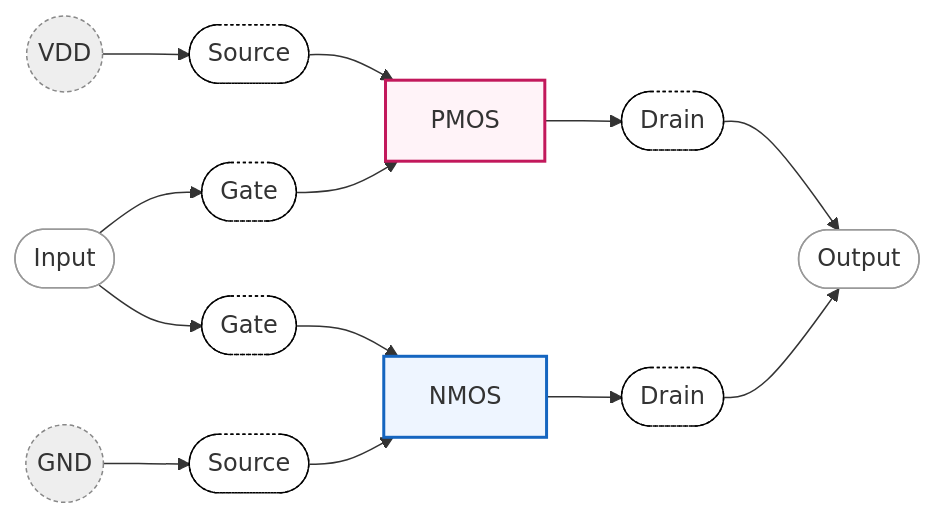
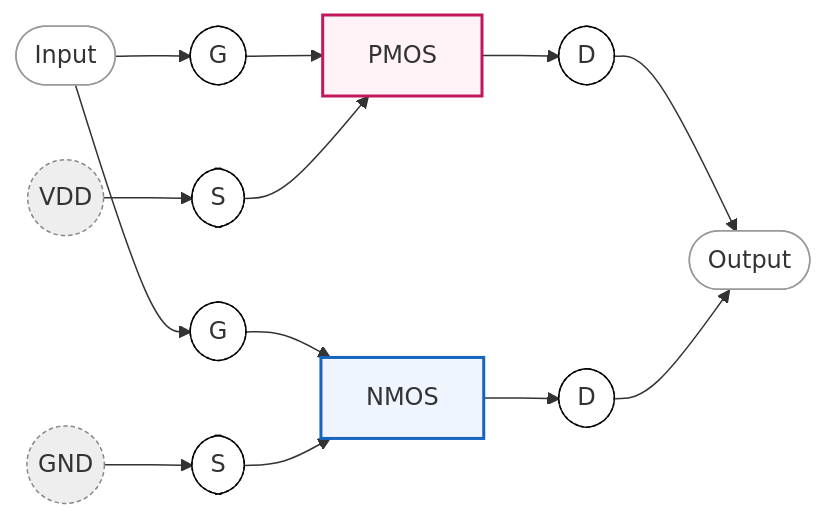
Before and after one commit to Samizo-AITL/Edusemi-v4x: the first of 2 diagrams in chapter2_comb_logic/images/cmos_mermaid.md, drawn with Mermaid. The commit also changed other lines of this file, not shown here.

````diff
--- a/chapter2_comb_logic/images/cmos_mermaid.md
+++ b/chapter2_comb_logic/images/cmos_mermaid.md
@@ -3,36 +3,36 @@
 ```mermaid
 flowchart LR
 classDef pmos fill:#fff3f8,stroke:#c2185b,stroke-width:2px;
 classDef nmos fill:#eef5ff,stroke:#1565c0,stroke-width:2px;
 classDef rail fill:#eeeeee,stroke:#888,stroke-dasharray:3 2;
 classDef term fill:#fff,stroke:#000,stroke-dasharray:2 2;
 classDef net  fill:#ffffff,stroke:#999;
 
-%% Rails / IO
+%% IO
+A([Input]):::net
+Y([Output]):::net
 VDD((VDD)):::rail
 GND((GND)):::rail
-A([Input]):::net
-Y([Output]):::net
 
 %% PMOS
-PG([Gate]):::term
-PD([Drain]):::term
-PS([Source]):::term
+PG([G]):::term
+PD([D]):::term
+PS([S]):::term
 P[PMOS]:::pmos
 
 %% NMOS
-NG([Gate]):::term
-ND([Drain]):::term
-NS([Source]):::term
+NG([G]):::term
+ND([D]):::term
+NS([S]):::term
 N[NMOS]:::nmos
 
 %% Connectivity PMOS
 A --> PG --> P
 P --> PD --> Y
 VDD --> PS --> P
 
 %% Connectivity NMOS
 A --> NG --> N
 N --> ND --> Y
 GND --> NS --> N
 ```
````
